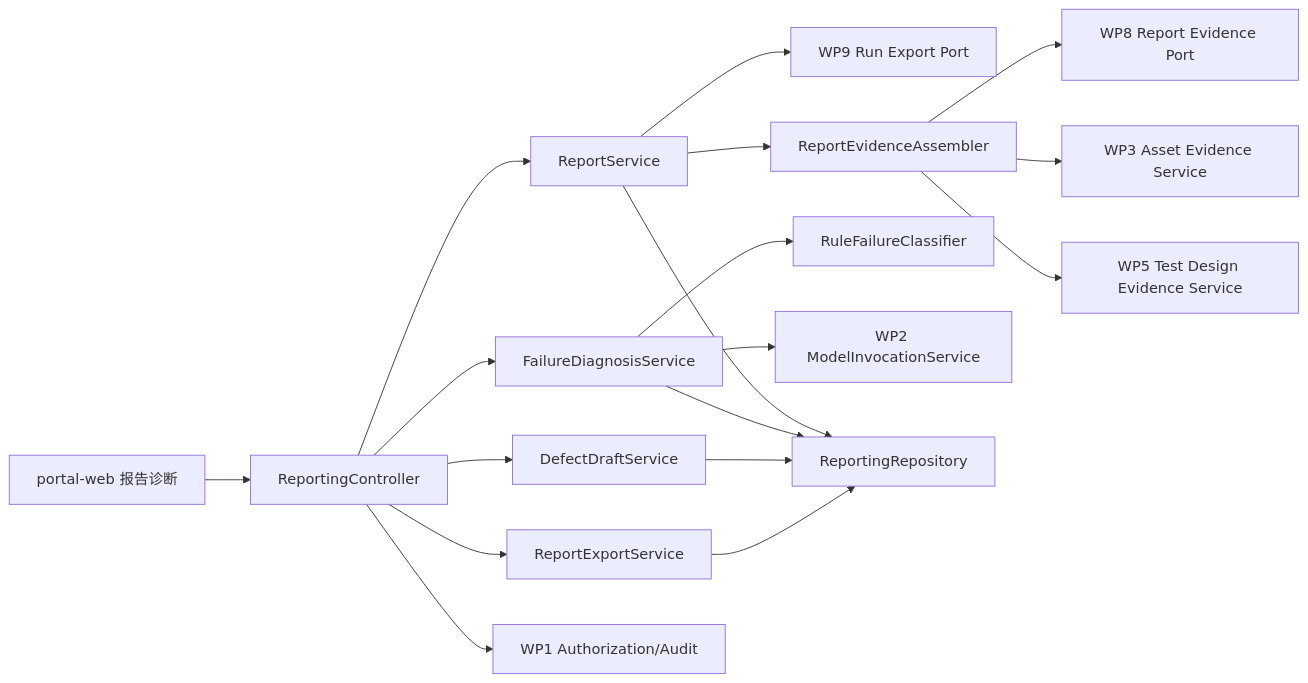
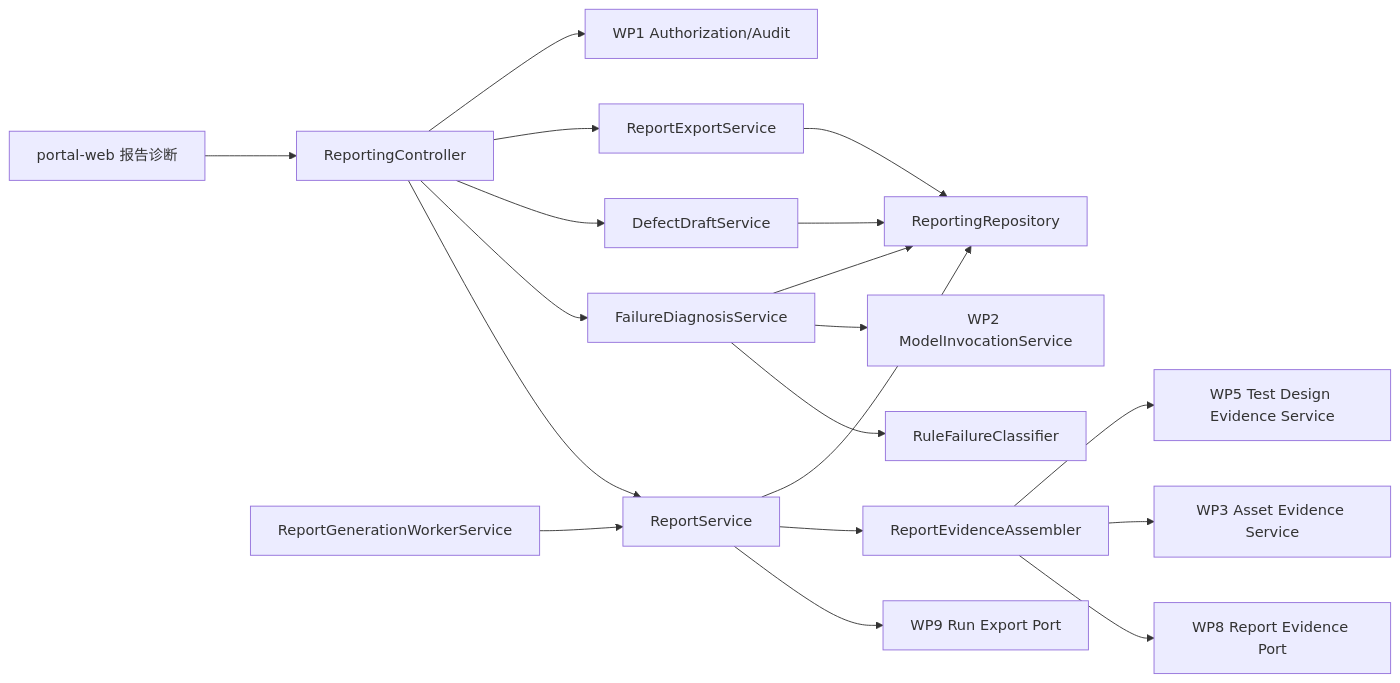
The diagram in doc/mvp/final/engineering/WP10-报告与失败诊断-技术设计与接口契约.md (Sunhg2017/veri-agent), drawn with Mermaid before and after one commit. The commit also changed other lines of this file and 25 other files, not shown here.

First line of the commit message:
wp10: add async report generation worker

````diff
--- a/doc/mvp/final/engineering/WP10-报告与失败诊断-技术设计与接口契约.md
+++ b/doc/mvp/final/engineering/WP10-报告与失败诊断-技术设计与接口契约.md
@@ -25,20 +25,21 @@
 ```mermaid
 flowchart LR
     UI["portal-web 报告诊断"] --> API["ReportingController"]
     API --> REPORT["ReportService"]
+    WORKER["ReportGenerationWorkerService"] --> REPORT
     API --> DIAG["FailureDiagnosisService"]
     API --> DRAFT["DefectDraftService"]
     API --> EXPORT["ReportExportService"]
     REPORT --> WP9["WP9 Run Export Port"]
     REPORT --> EVIDENCE["ReportEvidenceAssembler"]
     EVIDENCE --> WP8["WP8 Report Evidence Port"]
     EVIDENCE --> WP3["WP3 Asset Evidence Service"]
     EVIDENCE --> WP5["WP5 Test Design Evidence Service"]
     DIAG --> CLASSIFIER["RuleFailureClassifier"]
     DIAG --> WP2["WP2 ModelInvocationService"]
     REPORT --> REPO["ReportingRepository"]
     DIAG --> REPO
     DRAFT --> REPO
     EXPORT --> REPO
     API --> AUTH["WP1 Authorization/Audit"]
 ```
````
